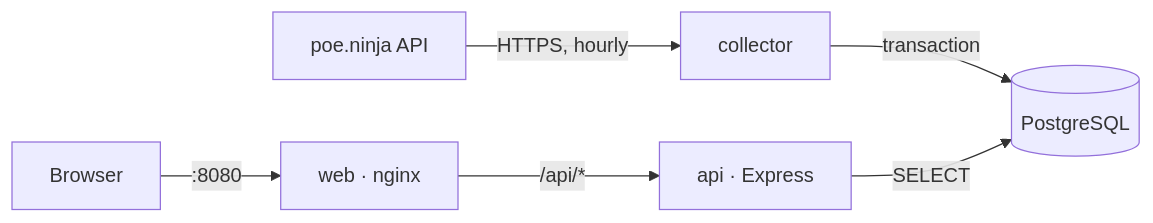
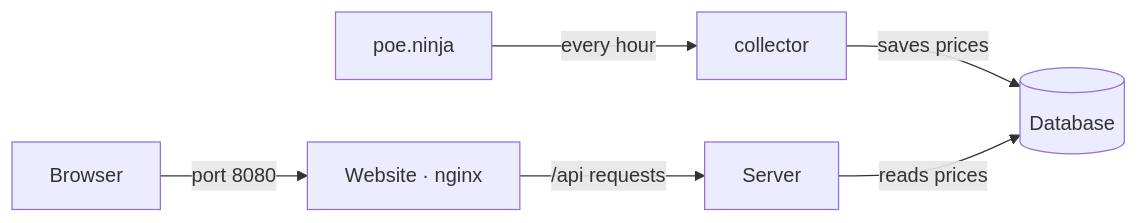
The diagram in README.md (Rodion-Nik/poe-farm-tracker), drawn with Mermaid before and after one commit. The commit also changed other lines of this file, not shown here.

````diff
--- a/README.md
+++ b/README.md
@@ -31,8 +28,8 @@
 ```mermaid
 flowchart LR
-  ninja[poe.ninja API] -->|HTTPS, hourly| collector
-  collector -->|transaction| db[(PostgreSQL)]
-  api[api · Express] -->|SELECT| db
-  browser[Browser] -->|:8080| web[web · nginx]
-  web -->|/api/*| api
+  ninja[poe.ninja] -->|every hour| collector
+  collector -->|saves prices| db[(Database)]
+  api[Server] -->|reads prices| db
+  browser[Browser] -->|port 8080| web[Website · nginx]
+  web -->|/api requests| api
 ```
````
